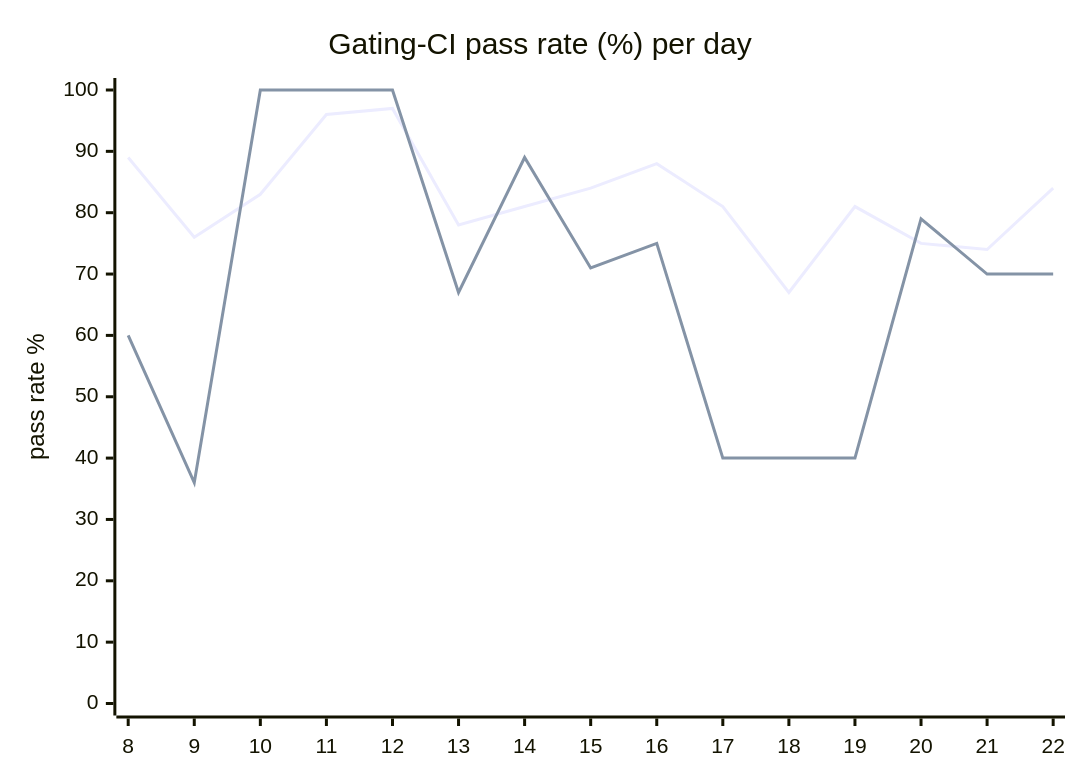
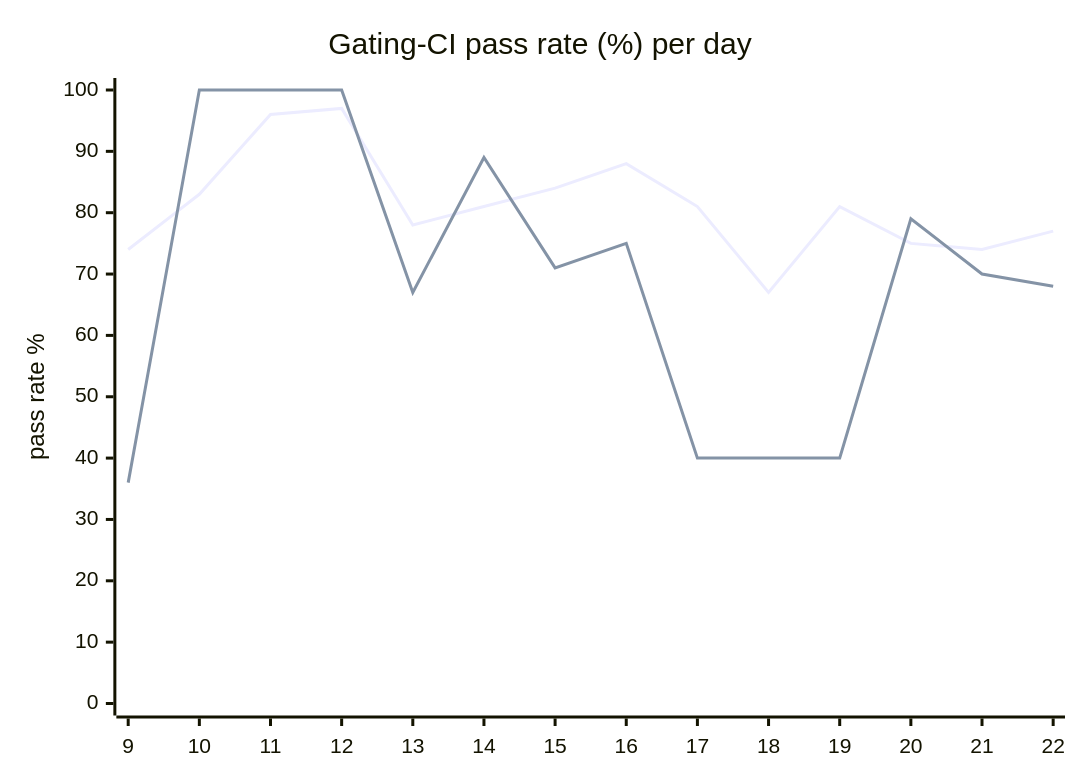
The diagram in hack/ci/ci-dashboard/staging/issue.md (hatchet-dev/hatchet), drawn with Mermaid before and after one commit. The commit also changed other lines of this file, not shown here.

````diff
--- a/hack/ci/ci-dashboard/staging/issue.md
+++ b/hack/ci/ci-dashboard/staging/issue.md
@@ -9,8 +9,8 @@
 ```mermaid
 xychart-beta
   title "Gating-CI pass rate (%) per day"
-  x-axis [8, 9, 10, 11, 12, 13, 14, 15, 16, 17, 18, 19, 20, 21, 22]
+  x-axis [9, 10, 11, 12, 13, 14, 15, 16, 17, 18, 19, 20, 21, 22]
   y-axis "pass rate %" 0 --> 100
-  line "CI" [89, 76, 83, 96, 97, 78, 81, 84, 88, 81, 67, 81, 75, 74, 84]
-  line "main" [60, 36, 100, 100, 100, 67, 89, 71, 75, 40, 40, 40, 79, 70, 70]
+  line "CI" [74, 83, 96, 97, 78, 81, 84, 88, 81, 67, 81, 75, 74, 77]
+  line "main" [36, 100, 100, 100, 67, 89, 71, 75, 40, 40, 40, 79, 70, 68]
 ```
````
